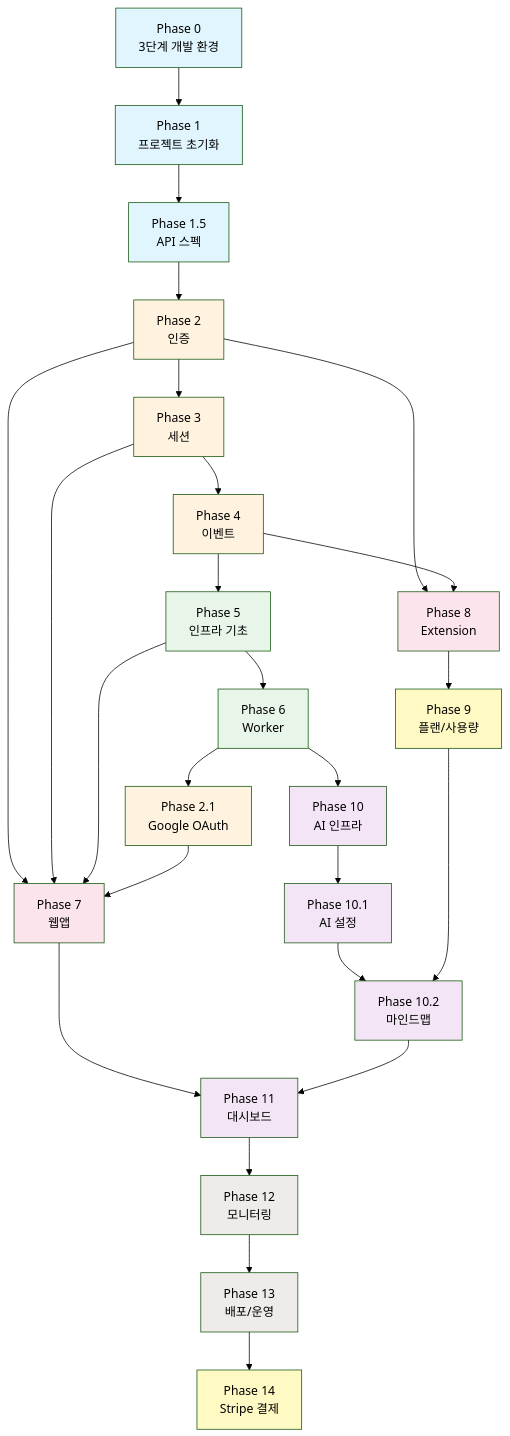
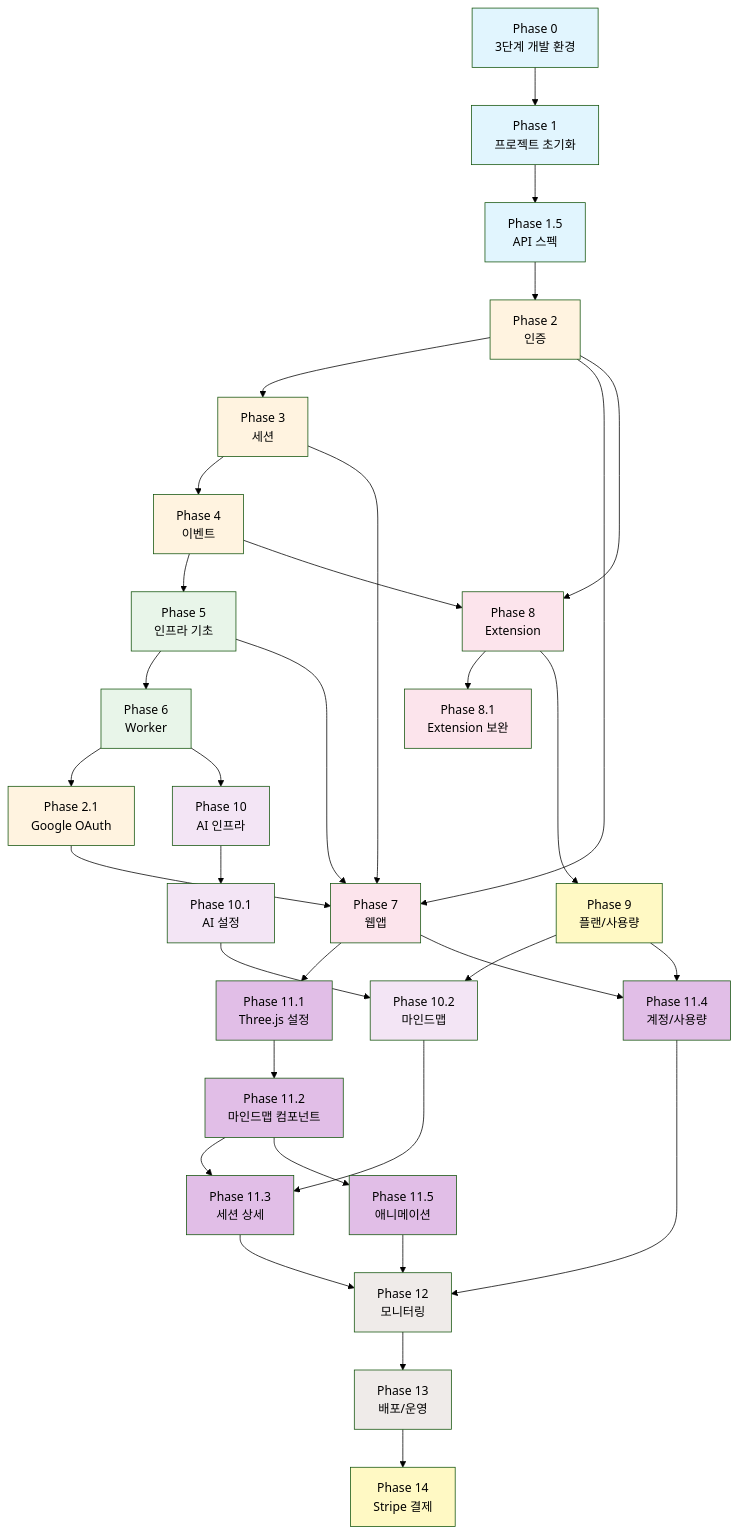
Before and after one commit to coldzero94/mindhit: the diagram in docs/development/phases/README.md, drawn with Mermaid (forest theme). The commit also changed other lines of this file and 8 other files, not shown here.

````diff
--- a/docs/development/phases/README.md
+++ b/docs/development/phases/README.md
@@ -69,65 +81,80 @@
 ```mermaid
 flowchart TD
     P0[Phase 0<br/>3단계 개발 환경] --> P1[Phase 1<br/>프로젝트 초기화]
     P1 --> P1_5[Phase 1.5<br/>API 스펙]
     P1_5 --> P2[Phase 2<br/>인증]
     P2 --> P3[Phase 3<br/>세션]
     P3 --> P4[Phase 4<br/>이벤트]
     P4 --> P5[Phase 5<br/>인프라 기초]
     P5 --> P6[Phase 6<br/>Worker]
 
     %% Phase 2.1: Google OAuth (Phase 6 이후, Phase 7 전)
     P6 --> P2_1[Phase 2.1<br/>Google OAuth]
 
     %% Phase 7: 인증 + 세션 + 인프라 + OAuth 필요
     P2 --> P7[Phase 7<br/>웹앱]
     P3 --> P7
     P5 --> P7
     P2_1 --> P7
 
     %% Phase 8: 인증 + 이벤트 API 필요
     P2 --> P8[Phase 8<br/>Extension]
     P4 --> P8
 
+    %% Phase 8.1: Extension 보완 (Phase 8 이후)
+    P8 --> P8_1[Phase 8.1<br/>Extension 보완]
+
     %% Phase 9: 플랜/사용량 (AI 전에 필요)
     P8 --> P9[Phase 9<br/>플랜/사용량]
 
     %% Phase 10: AI Provider 인프라 (Worker 의존)
     P6 --> P10[Phase 10<br/>AI 인프라]
 
     %% Phase 10.1: AI 설정 및 로깅 (AI 인프라 의존)
     P10 --> P10_1[Phase 10.1<br/>AI 설정]
 
     %% Phase 10.2: 마인드맵 생성 (AI 설정 + 사용량 시스템 의존)
     P10_1 --> P10_2[Phase 10.2<br/>마인드맵]
     P9 --> P10_2
 
-    %% Phase 11: 대시보드
-    P7 --> P11[Phase 11<br/>대시보드]
-    P10_2 --> P11
+    %% Phase 11 시리즈: 대시보드 (병렬 진행 가능)
+    P7 --> P11_1[Phase 11.1<br/>Three.js 설정]
+    P11_1 --> P11_2[Phase 11.2<br/>마인드맵 컴포넌트]
+    P11_2 --> P11_3[Phase 11.3<br/>세션 상세]
+    P10_2 --> P11_3
+    P7 --> P11_4[Phase 11.4<br/>계정/사용량]
+    P9 --> P11_4
+    P11_2 --> P11_5[Phase 11.5<br/>애니메이션]
 
     %% Phase 12-14: 운영 및 결제
-    P11 --> P12[Phase 12<br/>모니터링]
+    P11_3 --> P12[Phase 12<br/>모니터링]
+    P11_4 --> P12
+    P11_5 --> P12
     P12 --> P13[Phase 13<br/>배포/운영]
     P13 --> P14[Phase 14<br/>Stripe 결제]
 
     style P0 fill:#e1f5fe
     style P1 fill:#e1f5fe
     style P1_5 fill:#e1f5fe
     style P2 fill:#fff3e0
     style P2_1 fill:#fff3e0
     style P3 fill:#fff3e0
     style P4 fill:#fff3e0
     style P5 fill:#e8f5e9
     style P6 fill:#e8f5e9
     style P7 fill:#fce4ec
     style P8 fill:#fce4ec
+    style P8_1 fill:#fce4ec
     style P9 fill:#fff9c4
     style P10 fill:#f3e5f5
     style P10_1 fill:#f3e5f5
     style P10_2 fill:#f3e5f5
-    style P11 fill:#f3e5f5
+    style P11_1 fill:#e1bee7
+    style P11_2 fill:#e1bee7
+    style P11_3 fill:#e1bee7
+    style P11_4 fill:#e1bee7
+    style P11_5 fill:#e1bee7
     style P12 fill:#efebe9
     style P13 fill:#efebe9
     style P14 fill:#fff9c4
 ```
````
